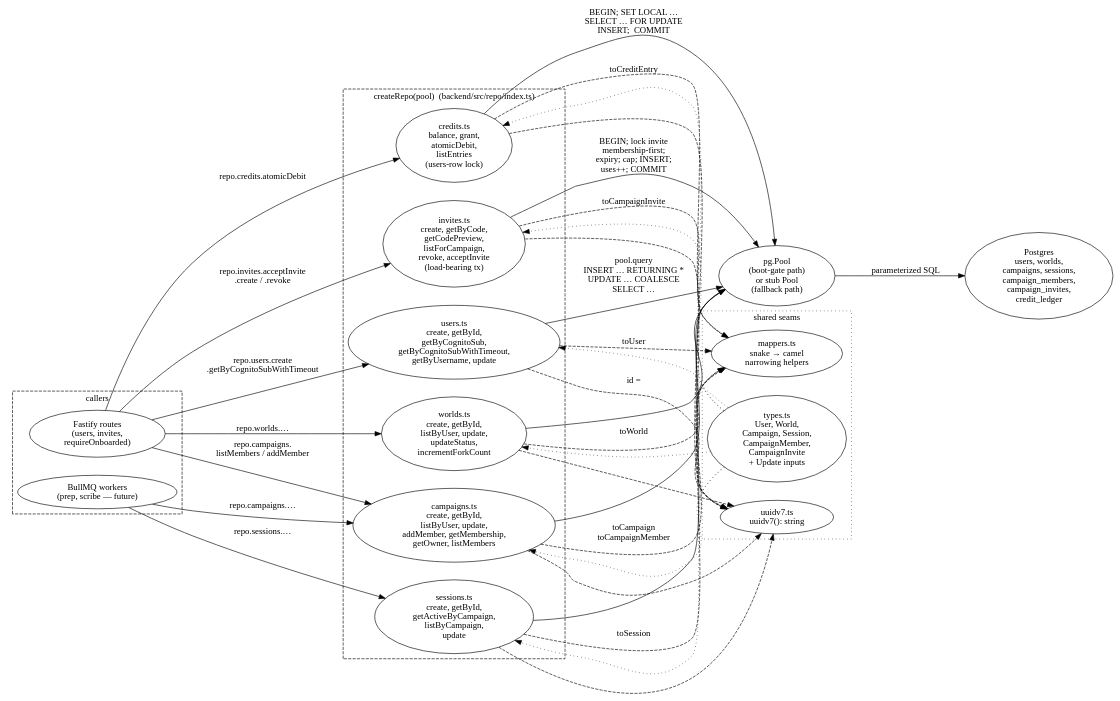
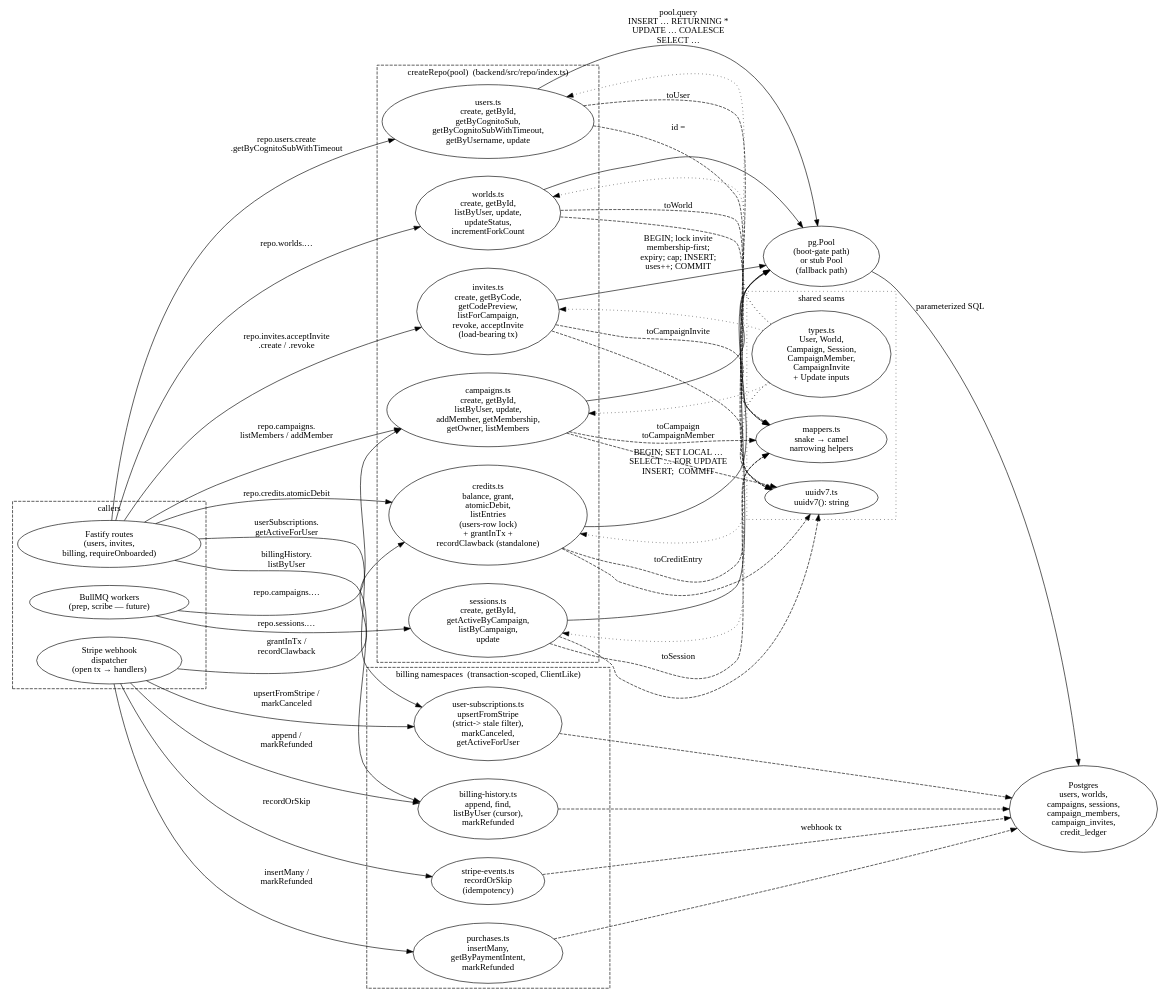
Before and after one commit to mythrun/mythrun: the diagram in docs/wiki/diagrams/data/repository.dot, drawn with Graphviz. The commit also changed 28 other files, not shown here.

```diff
--- a/docs/wiki/diagrams/data/repository.dot
+++ b/docs/wiki/diagrams/data/repository.dot
@@ -1,84 +1,108 @@
 digraph repository {
   // The repository layer: a closure-based factory over a single pg.Pool that
   // returns one namespace object per top-level table cluster. Routes, services,
   // and workers call repo.<namespace>.<method>; the namespace functions own the
   // SQL, the parameter binding, and the snake_case→camelCase mapping.
   rankdir=LR;
   compound=true;
   nodesep=0.4;
   ranksep=0.7;
 
   subgraph cluster_callers {
     label="callers";
     style="dashed";
     color="ember";
     fontcolor="ember";
 
-    routes  [label="Fastify routes\n(users, invites,\nrequireOnboarded)"];
+    routes  [label="Fastify routes\n(users, invites,\nbilling, requireOnboarded)"];
+    webhook [label="Stripe webhook\ndispatcher\n(open tx → handlers)"];
     workers [label="BullMQ workers\n(prep, scribe — future)"];
   }
 
   subgraph cluster_factory {
     label="createRepo(pool)  (backend/src/repo/index.ts)";
     style="dashed";
     color="ember";
     fontcolor="ember";
 
     users     [label="users.ts\ncreate, getById,\ngetByCognitoSub,\ngetByCognitoSubWithTimeout,\ngetByUsername, update"];
     worlds    [label="worlds.ts\ncreate, getById,\nlistByUser, update,\nupdateStatus,\nincrementForkCount"];
     camps     [label="campaigns.ts\ncreate, getById,\nlistByUser, update,\naddMember, getMembership,\ngetOwner, listMembers"];
     sessions  [label="sessions.ts\ncreate, getById,\ngetActiveByCampaign,\nlistByCampaign,\nupdate"];
-    credits   [label="credits.ts\nbalance, grant,\natomicDebit,\nlistEntries\n(users-row lock)"];
+    credits   [label="credits.ts\nbalance, grant,\natomicDebit,\nlistEntries\n(users-row lock)\n+ grantInTx +\nrecordClawback (standalone)"];
     invites   [label="invites.ts\ncreate, getByCode,\ngetCodePreview,\nlistForCampaign,\nrevoke, acceptInvite\n(load-bearing tx)"];
+  }
+
+  subgraph cluster_billing_ns {
+    label="billing namespaces  (transaction-scoped, ClientLike)";
+    style="dashed";
+    color="ember";
+    fontcolor="ember";
+
+    se   [label="stripe-events.ts\nrecordOrSkip\n(idempotency)"];
+    pur  [label="purchases.ts\ninsertMany,\ngetByPaymentIntent,\nmarkRefunded"];
+    us   [label="user-subscriptions.ts\nupsertFromStripe\n(strict-> stale filter),\nmarkCanceled,\ngetActiveForUser"];
+    bh   [label="billing-history.ts\nappend, find,\nlistByUser (cursor),\nmarkRefunded"];
   }
 
   subgraph cluster_seams {
     label="shared seams";
     style="dotted";
 
     uuid    [label="uuidv7.ts\nuuidv7(): string"];
     types   [label="types.ts\nUser, World,\nCampaign, Session,\nCampaignMember,\nCampaignInvite\n+ Update inputs"];
     mappers [label="mappers.ts\nsnake → camel\nnarrowing helpers"];
   }
 
   pool   [label="pg.Pool\n(boot-gate path)\nor stub Pool\n(fallback path)", color="ember", fontcolor="ember"];
   db     [label="Postgres\nusers, worlds,\ncampaigns, sessions,\ncampaign_members,\ncampaign_invites,\ncredit_ledger", color="ember", fontcolor="ember"];
 
   routes  -> users    [label="repo.users.create\n.getByCognitoSubWithTimeout"];
   routes  -> worlds   [label="repo.worlds.…"];
   routes  -> credits  [label="repo.credits.atomicDebit"];
   routes  -> invites  [label="repo.invites.acceptInvite\n.create / .revoke"];
   routes  -> camps    [label="repo.campaigns.\nlistMembers / addMember"];
+  routes  -> us       [label="userSubscriptions.\ngetActiveForUser"];
+  routes  -> bh       [label="billingHistory.\nlistByUser"];
+  webhook -> se       [label="recordOrSkip"];
+  webhook -> pur      [label="insertMany /\nmarkRefunded"];
+  webhook -> us       [label="upsertFromStripe /\nmarkCanceled"];
+  webhook -> bh       [label="append /\nmarkRefunded"];
+  webhook -> credits  [label="grantInTx /\nrecordClawback"];
   workers -> camps    [label="repo.campaigns.…"];
   workers -> sessions [label="repo.sessions.…"];
 
   users    -> uuid    [label="id =", style=dashed];
   worlds   -> uuid    [label="", style=dashed];
   camps    -> uuid    [label="", style=dashed];
   sessions -> uuid    [label="", style=dashed];
   credits  -> uuid    [label="", style=dashed];
   invites  -> uuid    [label="", style=dashed];
 
   users    -> mappers [label="toUser", style=dashed];
   worlds   -> mappers [label="toWorld", style=dashed];
   camps    -> mappers [label="toCampaign\ntoCampaignMember", style=dashed];
   sessions -> mappers [label="toSession", style=dashed];
   credits  -> mappers [label="toCreditEntry", style=dashed];
   invites  -> mappers [label="toCampaignInvite", style=dashed];
 
   users    -> pool    [label="pool.query\nINSERT … RETURNING *\nUPDATE … COALESCE\nSELECT …"];
   worlds   -> pool    [label=""];
   camps    -> pool    [label=""];
   sessions -> pool    [label=""];
   credits  -> pool    [label="BEGIN; SET LOCAL …\nSELECT … FOR UPDATE\nINSERT;  COMMIT"];
   invites  -> pool    [label="BEGIN; lock invite\nmembership-first;\nexpiry; cap; INSERT;\nuses++; COMMIT"];
 
   pool    -> db       [label="parameterized SQL"];
+  se   -> db [label="webhook tx", style=dashed];
+  pur  -> db [label="", style=dashed];
+  us   -> db [label="", style=dashed];
+  bh   -> db [label="", style=dashed];
 
   types -> users    [label="", style=dotted];
   types -> worlds   [label="", style=dotted];
   types -> camps    [label="", style=dotted];
   types -> sessions [label="", style=dotted];
   types -> credits  [label="", style=dotted];
   types -> invites  [label="", style=dotted];
 }
```
